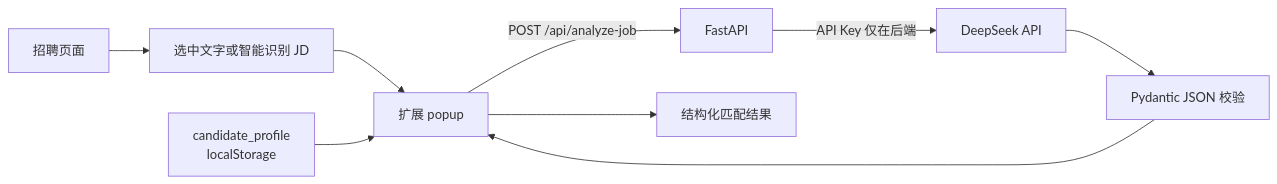
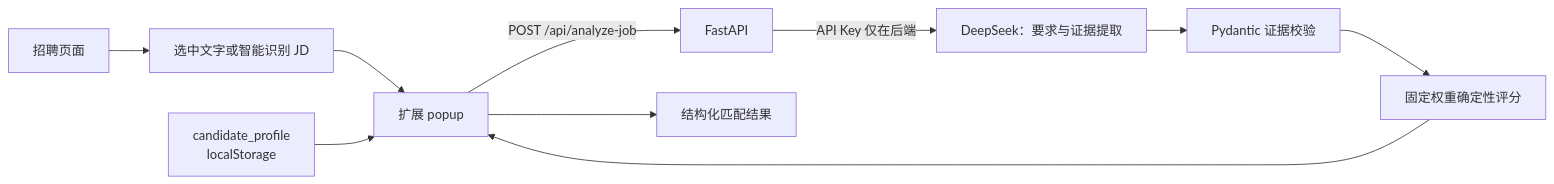
The diagram in README.md (AKl2781/ai-job-copilot), drawn with Mermaid before and after one commit. The commit also changed other lines of this file and 6 other files, not shown here.

````diff
--- a/README.md
+++ b/README.md
@@ -22,11 +24,12 @@
 ```mermaid
 flowchart LR
     A["招聘页面"] --> B["选中文字或智能识别 JD"]
     B --> C["扩展 popup"]
     D["candidate_profile\nlocalStorage"] --> C
     C -->|"POST /api/analyze-job"| E["FastAPI"]
-    E -->|"API Key 仅在后端"| F["DeepSeek API"]
-    F --> G["Pydantic JSON 校验"]
-    G --> C
+    E -->|"API Key 仅在后端"| F["DeepSeek：要求与证据提取"]
+    F --> G["Pydantic 证据校验"]
+    G --> I["固定权重确定性评分"]
+    I --> C
     C --> H["结构化匹配结果"]
 ```
````
